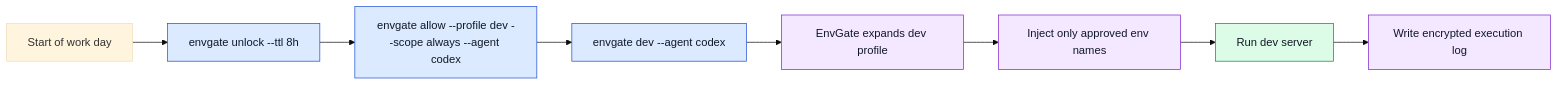
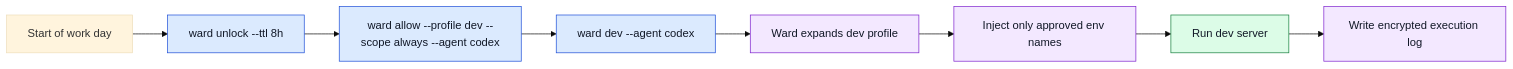
The third of 9 diagrams in docs/infographics.md (web3-claw/aiward), drawn with Mermaid (base theme) before and after one commit. The commit also changed other lines of this file and 30 other files, not shown here.

First line of the commit message:
refactor: rename envgate → ward across entire codebase

````diff
--- a/docs/infographics.md
+++ b/docs/infographics.md
@@ -85,17 +85,17 @@
 ```mermaid
 flowchart LR
-    A["Start of work day"] --> B["envgate unlock --ttl 8h"]
-    B --> C["envgate allow --profile dev --scope always --agent codex"]
-    C --> D["envgate dev --agent codex"]
-    D --> E["EnvGate expands dev profile"]
+    A["Start of work day"] --> B["ward unlock --ttl 8h"]
+    B --> C["ward allow --profile dev --scope always --agent codex"]
+    C --> D["ward dev --agent codex"]
+    D --> E["Ward expands dev profile"]
     E --> F["Inject only approved env names"]
     F --> G["Run dev server"]
     G --> H["Write encrypted execution log"]
 
     classDef command fill:#dbeafe,stroke:#1d4ed8,color:#111827;
     classDef internal fill:#f3e8ff,stroke:#7e22ce,color:#111827;
     classDef output fill:#dcfce7,stroke:#15803d,color:#111827;
     class B,C,D command;
     class E,F,H internal;
     class G output;
 ```
````
